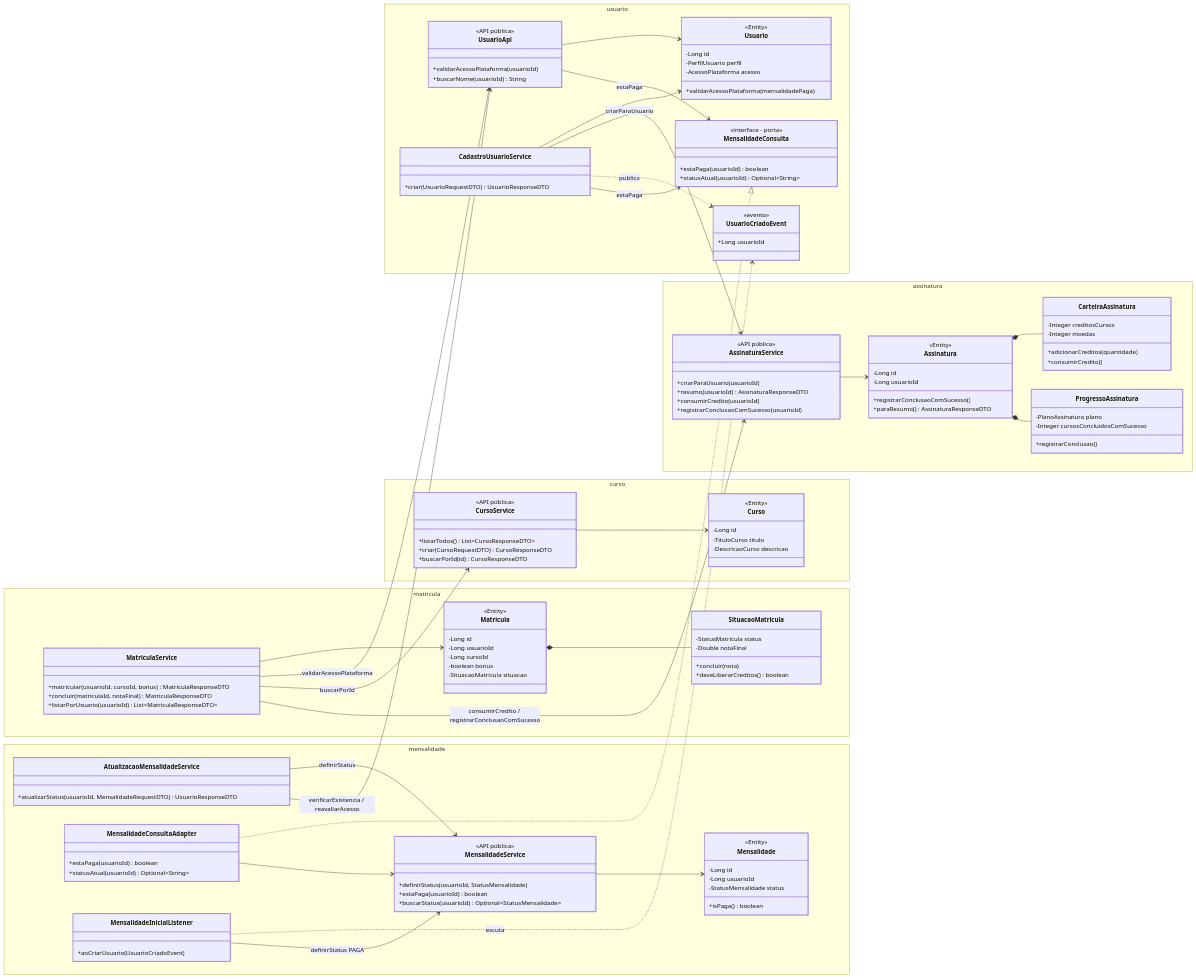
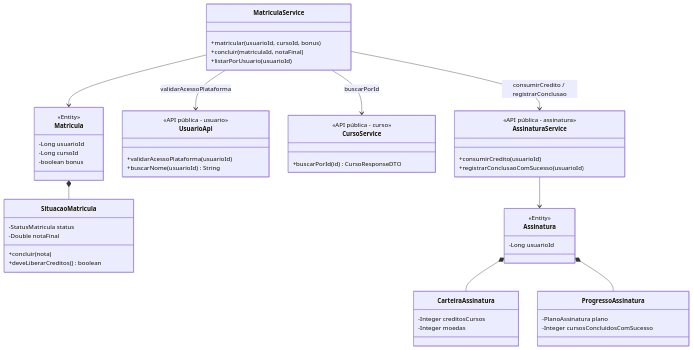
Before and after one commit to lfmutton/devOpsClass-task2: the fourth of 7 diagrams in README-ARQUITETURA.md, drawn with Mermaid. The commit also changed other lines of this file, not shown here.

Commit message:
docs: replace C4 mermaid diagrams with flowcharts that render on GitHub
C4Context/C4Container/C4Component were cropped by the GitHub viewer and the single class diagram was unreadable; now flowcharts in C4 style and two smaller class diagrams.

````diff
--- a/README-ARQUITETURA.md
+++ b/README-ARQUITETURA.md
@@ -191,149 +208,57 @@
 ```mermaid
 classDiagram
-    direction LR
+    direction TB
 
-    namespace usuario {
-        class UsuarioApi {
-            <<API pública>>
-            +validarAcessoPlataforma(usuarioId)
-            +buscarNome(usuarioId) String
-        }
-        class CadastroUsuarioService {
-            +criar(UsuarioRequestDTO) UsuarioResponseDTO
-        }
-        class MensalidadeConsulta {
-            <<interface - porta>>
-            +estaPaga(usuarioId) boolean
-            +statusAtual(usuarioId) Optional~String~
-        }
-        class UsuarioCriadoEvent {
-            <<evento>>
-            +Long usuarioId
-        }
-        class Usuario {
-            <<Entity>>
-            -Long id
-            -PerfilUsuario perfil
-            -AcessoPlataforma acesso
-            +validarAcessoPlataforma(mensalidadePaga)
-        }
+    class MatriculaService {
+        +matricular(usuarioId, cursoId, bonus)
+        +concluir(matriculaId, notaFinal)
+        +listarPorUsuario(usuarioId)
     }
-
-    namespace curso {
-        class CursoService {
-            <<API pública>>
-            +listarTodos() List~CursoResponseDTO~
-            +criar(CursoRequestDTO) CursoResponseDTO
-            +buscarPorId(id) CursoResponseDTO
-        }
-        class Curso {
-            <<Entity>>
-            -Long id
-            -TituloCurso titulo
-            -DescricaoCurso descricao
-        }
+    class Matricula {
+        <<Entity>>
+        -Long usuarioId
+        -Long cursoId
+        -boolean bonus
     }
-
-    namespace matricula {
-        class MatriculaService {
-            +matricular(usuarioId, cursoId, bonus) MatriculaResponseDTO
-            +concluir(matriculaId, notaFinal) MatriculaResponseDTO
-            +listarPorUsuario(usuarioId) List~MatriculaResponseDTO~
-        }
-        class Matricula {
-            <<Entity>>
-            -Long id
-            -Long usuarioId
-            -Long cursoId
-            -boolean bonus
-            -SituacaoMatricula situacao
-        }
-        class SituacaoMatricula {
-            -StatusMatricula status
-            -Double notaFinal
-            +concluir(nota)
-            +deveLiberarCreditos() boolean
-        }
+    class SituacaoMatricula {
+        -StatusMatricula status
+        -Double notaFinal
+        +concluir(nota)
+        +deveLiberarCreditos() boolean
     }
-
-    namespace assinatura {
-        class AssinaturaService {
-            <<API pública>>
-            +criarParaUsuario(usuarioId)
-            +resumo(usuarioId) AssinaturaResponseDTO
-            +consumirCredito(usuarioId)
-            +registrarConclusaoComSucesso(usuarioId)
-        }
-        class Assinatura {
-            <<Entity>>
-            -Long id
-            -Long usuarioId
-            +registrarConclusaoComSucesso()
-            +paraResumo() AssinaturaResponseDTO
-        }
-        class CarteiraAssinatura {
-            -Integer creditosCursos
-            -Integer moedas
-            +adicionarCreditos(quantidade)
-            +consumirCredito()
-        }
-        class ProgressoAssinatura {
-            -PlanoAssinatura plano
-            -Integer cursosConcluidosComSucesso
-            +registrarConclusao()
-        }
+    class UsuarioApi {
+        <<API pública - usuario>>
+        +validarAcessoPlataforma(usuarioId)
+        +buscarNome(usuarioId) String
     }
-
-    namespace mensalidade {
-        class MensalidadeService {
-            <<API pública>>
-            +definirStatus(usuarioId, StatusMensalidade)
-            +estaPaga(usuarioId) boolean
-            +buscarStatus(usuarioId) Optional~StatusMensalidade~
-        }
-        class AtualizacaoMensalidadeService {
-            +atualizarStatus(usuarioId, MensalidadeRequestDTO) UsuarioResponseDTO
-        }
-        class MensalidadeConsultaAdapter {
-            +estaPaga(usuarioId) boolean
-            +statusAtual(usuarioId) Optional~String~
-        }
-        class MensalidadeInicialListener {
-            +aoCriarUsuario(UsuarioCriadoEvent)
-        }
-        class Mensalidade {
-            <<Entity>>
-            -Long id
-            -Long usuarioId
-            -StatusMensalidade status
-            +isPaga() boolean
-        }
+    class CursoService {
+        <<API pública - curso>>
+        +buscarPorId(id) CursoResponseDTO
     }
-
-    UsuarioApi --> Usuario
-    UsuarioApi --> MensalidadeConsulta : estaPaga
-    CadastroUsuarioService --> Usuario
-    CadastroUsuarioService --> AssinaturaService : criarParaUsuario
-    CadastroUsuarioService ..> UsuarioCriadoEvent : publica
-    CadastroUsuarioService --> MensalidadeConsulta : estaPaga
-    AtualizacaoMensalidadeService --> MensalidadeService : definirStatus
-    AtualizacaoMensalidadeService --> UsuarioApi : verificarExistencia / reavaliarAcesso
-    MensalidadeConsultaAdapter ..|> MensalidadeConsulta
-    MensalidadeConsultaAdapter --> MensalidadeService
-    MensalidadeInicialListener ..> UsuarioCriadoEvent : escuta
-    MensalidadeInicialListener --> MensalidadeService : definirStatus PAGA
-
-    CursoService --> Curso
+    class AssinaturaService {
+        <<API pública - assinatura>>
+        +consumirCredito(usuarioId)
+        +registrarConclusaoComSucesso(usuarioId)
+    }
+    class Assinatura {
+        <<Entity>>
+        -Long usuarioId
+    }
+    class CarteiraAssinatura {
+        -Integer creditosCursos
+        -Integer moedas
+    }
+    class ProgressoAssinatura {
+        -PlanoAssinatura plano
+        -Integer cursosConcluidosComSucesso
+    }
 
     MatriculaService --> Matricula
     Matricula *-- SituacaoMatricula
     MatriculaService --> UsuarioApi : validarAcessoPlataforma
     MatriculaService --> CursoService : buscarPorId
-    MatriculaService --> AssinaturaService : consumirCredito / registrarConclusaoComSucesso
-
+    MatriculaService --> AssinaturaService : consumirCredito / registrarConclusao
     AssinaturaService --> Assinatura
     Assinatura *-- CarteiraAssinatura
     Assinatura *-- ProgressoAssinatura
-
-    MensalidadeService --> Mensalidade
 ```
````
